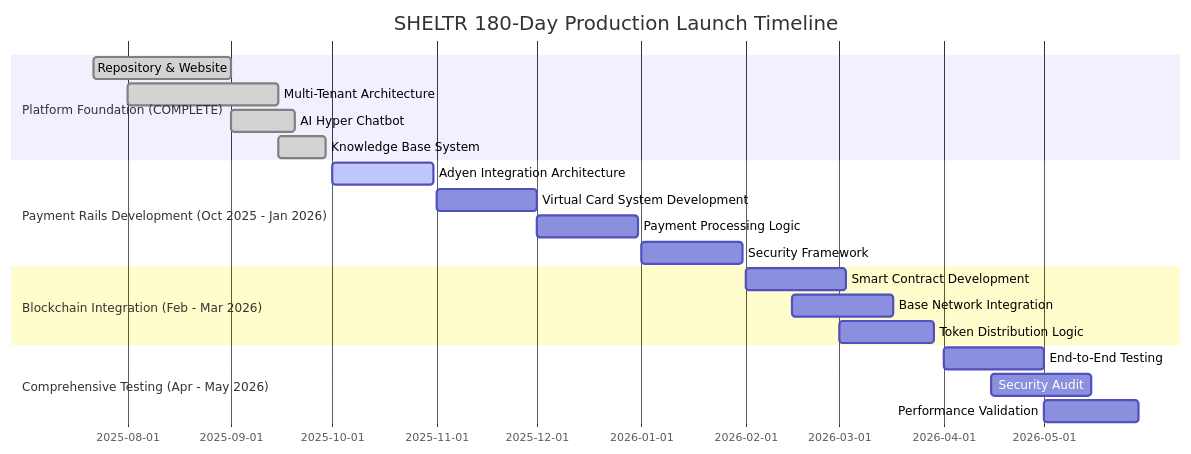
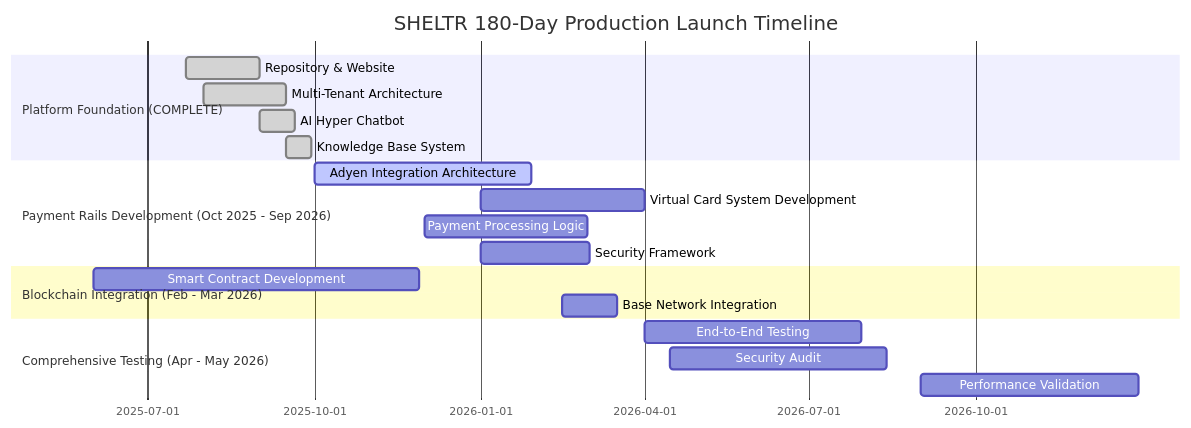
One commit to mrj0nesmtl/sheltr-ai changed the diagram in docs/development/roadmap.md. Above: the diagram before and after it, drawn with Mermaid. The commit also changed other lines of this file and 16 other files, not shown here.

````diff
--- a/docs/development/roadmap.md
+++ b/docs/development/roadmap.md
@@ -28,23 +28,22 @@
 ```mermaid
 gantt
     title SHELTR 180-Day Production Launch Timeline
     dateFormat  YYYY-MM-DD
     section Platform Foundation (COMPLETE)
     Repository & Website     :done, 2025-07-22, 2025-09-01
     Multi-Tenant Architecture :done, 2025-08-01, 2025-09-15
     AI Hyper Chatbot        :done, 2025-09-01, 2025-09-20
     Knowledge Base System   :done, 2025-09-15, 2025-09-29
-    section Payment Rails Development (Oct 2025 - Jan 2026)
-    Adyen Integration Architecture :active, 2025-10-01, 30d
-    Virtual Card System Development :2025-11-01, 30d
-    Payment Processing Logic :2025-12-01, 30d
-    Security Framework      :2026-01-01, 30d
+    section Payment Rails Development (Oct 2025 - Sep 2026)
+    Adyen Integration Architecture :active, 2025-10-01, 120d
+    Virtual Card System Development :2026-1-01, 90d
+    Payment Processing Logic :2025-12-01, 90d
+    Security Framework      :2026-01-01, 60d
     section Blockchain Integration (Feb - Mar 2026)
-    Smart Contract Development :2026-02-01, 30d
+    Smart Contract Development :2025-06-01, 180d
     Base Network Integration :2026-02-15, 30d
-    Token Distribution Logic :2026-03-01, 28d
     section Comprehensive Testing (Apr - May 2026)
-    End-to-End Testing      :2026-04-01, 30d
-    Security Audit          :2026-04-15, 30d
-    Performance Validation  :2026-05-01, 28d
+    End-to-End Testing      :2026-04-01, 120d
+    Security Audit          :2026-04-15, 120d
+    Performance Validation  :2026-09-01, 120d
 ```
````
